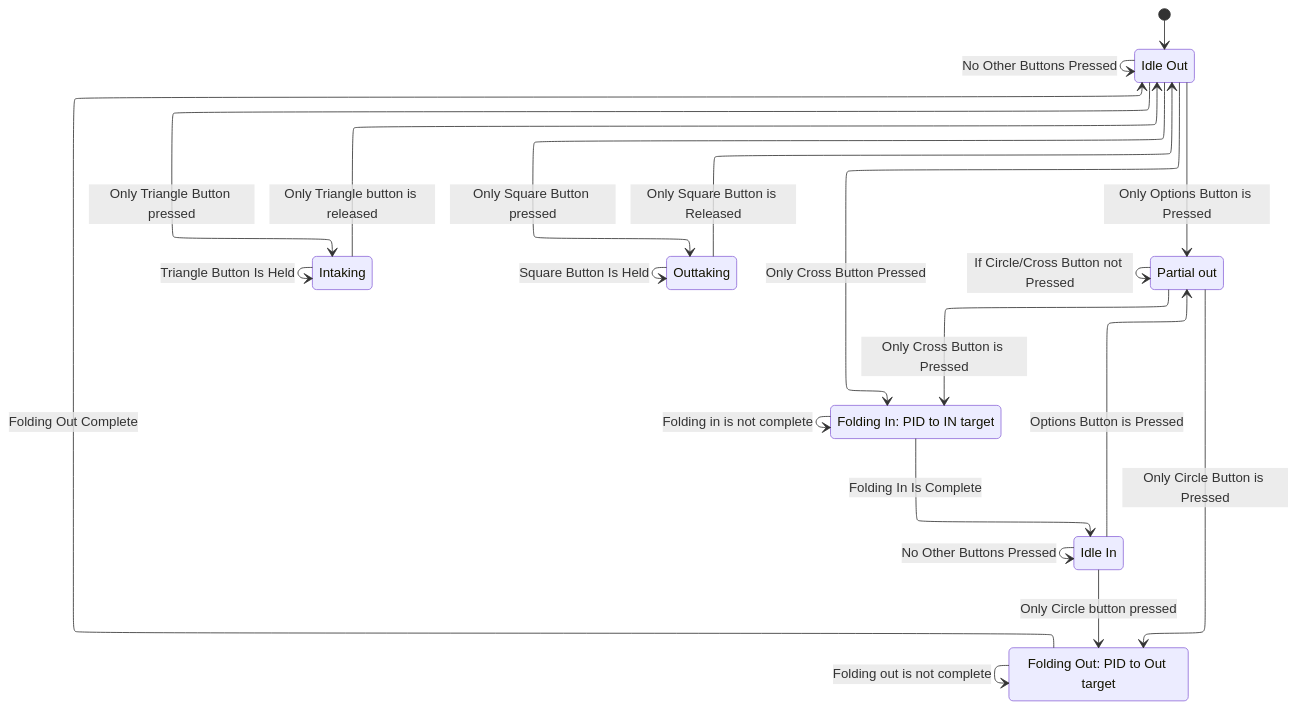
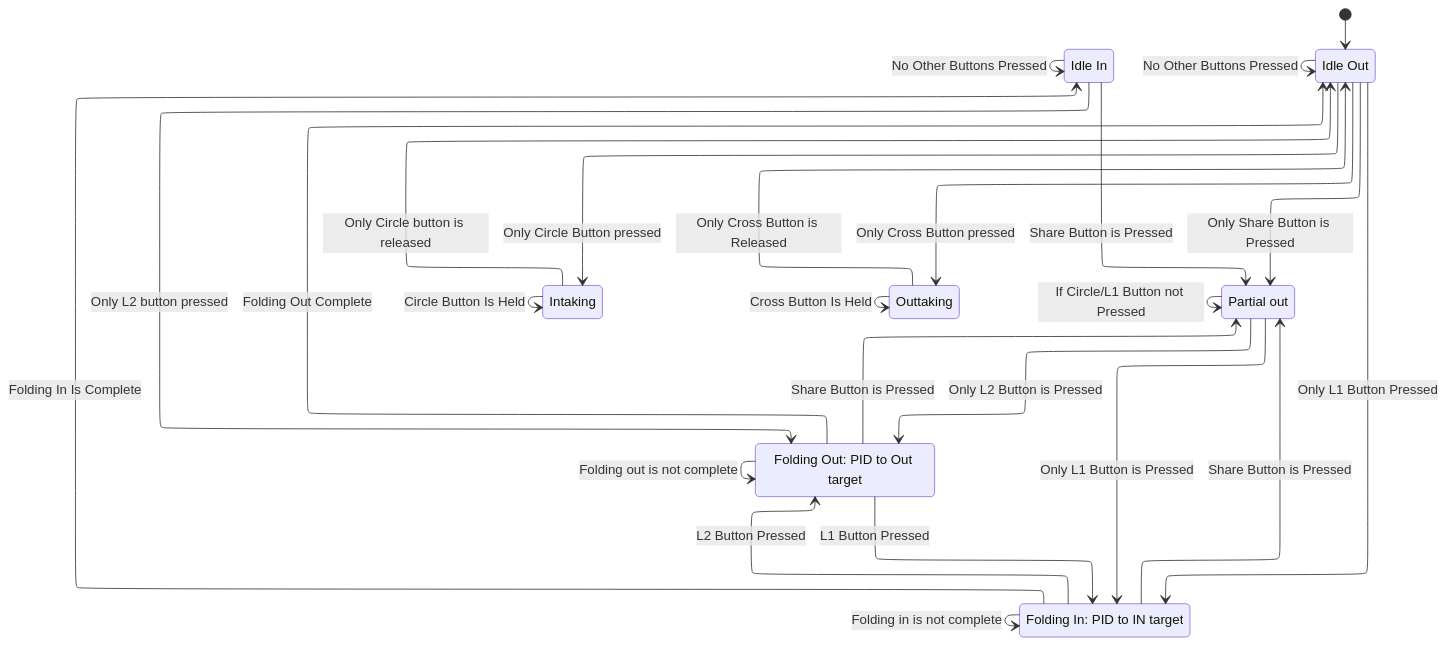
Before and after one commit to Tino-FRC-2473/FRC2026: the diagram in doc/IntakeFSM.md, drawn with Mermaid. The commit also changed 5 other files, not shown here.

````diff
--- a/doc/IntakeFSM.md
+++ b/doc/IntakeFSM.md
@@ -3,35 +3,39 @@
 ```mermaid
 ---
 config:
   layout: elk
 ---
 stateDiagram-v2
   state "Folding Out: PID to Out target" as FOLD_OUT_STATE
   state "Intaking" as INTAKE_STATE
   state "Idle In" as IDLE_IN_STATE
   state "Idle Out" as IDLE_OUT_STATE
   state "Outtaking" as OUTTAKE_STATE
   state "Partial out" as PARTIAL_OUT_STATE
   state "Folding In: PID to IN target" as FOLD_IN_STATE
 
   [*] --> IDLE_OUT_STATE 
-  IDLE_IN_STATE --> FOLD_OUT_STATE: Only Circle button pressed
+  IDLE_IN_STATE --> FOLD_OUT_STATE: Only L2 button pressed
   FOLD_OUT_STATE --> IDLE_OUT_STATE: Folding Out Complete 
-  IDLE_OUT_STATE --> INTAKE_STATE: Only Triangle Button pressed
-  IDLE_OUT_STATE --> OUTTAKE_STATE: Only Square Button pressed
-  INTAKE_STATE --> IDLE_OUT_STATE: Only Triangle button is released
-  OUTTAKE_STATE --> IDLE_OUT_STATE: Only Square Button is Released
-  IDLE_OUT_STATE --> FOLD_IN_STATE: Only Cross Button Pressed
+  IDLE_OUT_STATE --> INTAKE_STATE: Only Circle Button pressed
+  IDLE_OUT_STATE --> OUTTAKE_STATE: Only Cross Button pressed
+  INTAKE_STATE --> IDLE_OUT_STATE: Only Circle button is released
+  OUTTAKE_STATE --> IDLE_OUT_STATE: Only Cross Button is Released
+  IDLE_OUT_STATE --> FOLD_IN_STATE: Only L1 Button Pressed
   FOLD_IN_STATE --> IDLE_IN_STATE: Folding In Is Complete
-  INTAKE_STATE --> INTAKE_STATE: Triangle Button Is Held
-  OUTTAKE_STATE --> OUTTAKE_STATE: Square Button Is Held
+  INTAKE_STATE --> INTAKE_STATE: Circle Button Is Held
+  OUTTAKE_STATE --> OUTTAKE_STATE: Cross Button Is Held
   IDLE_OUT_STATE --> IDLE_OUT_STATE: No Other Buttons Pressed
   IDLE_IN_STATE --> IDLE_IN_STATE: No Other Buttons Pressed
   FOLD_OUT_STATE --> FOLD_OUT_STATE: Folding out is not complete
   FOLD_IN_STATE --> FOLD_IN_STATE: Folding in is not complete
-  IDLE_OUT_STATE --> PARTIAL_OUT_STATE: Only Options Button is Pressed
-  PARTIAL_OUT_STATE --> FOLD_IN_STATE: Only Cross Button is Pressed
-  PARTIAL_OUT_STATE --> FOLD_OUT_STATE: Only Circle Button is Pressed
-  PARTIAL_OUT_STATE --> PARTIAL_OUT_STATE: If Circle/Cross Button not Pressed
-  IDLE_IN_STATE --> PARTIAL_OUT_STATE: Options Button is Pressed
+  IDLE_OUT_STATE --> PARTIAL_OUT_STATE: Only Share Button is Pressed
+  PARTIAL_OUT_STATE --> FOLD_IN_STATE: Only L1 Button is Pressed
+  PARTIAL_OUT_STATE --> FOLD_OUT_STATE: Only L2 Button is Pressed
+  PARTIAL_OUT_STATE --> PARTIAL_OUT_STATE: If Circle/L1 Button not Pressed
+  IDLE_IN_STATE --> PARTIAL_OUT_STATE: Share Button is Pressed
+  FOLD_IN_STATE --> PARTIAL_OUT_STATE: Share Button is Pressed
+  FOLD_OUT_STATE --> PARTIAL_OUT_STATE: Share Button is Pressed
+  FOLD_OUT_STATE --> FOLD_IN_STATE: L1 Button Pressed
+  FOLD_IN_STATE --> FOLD_OUT_STATE: L2 Button Pressed
 ```
````
